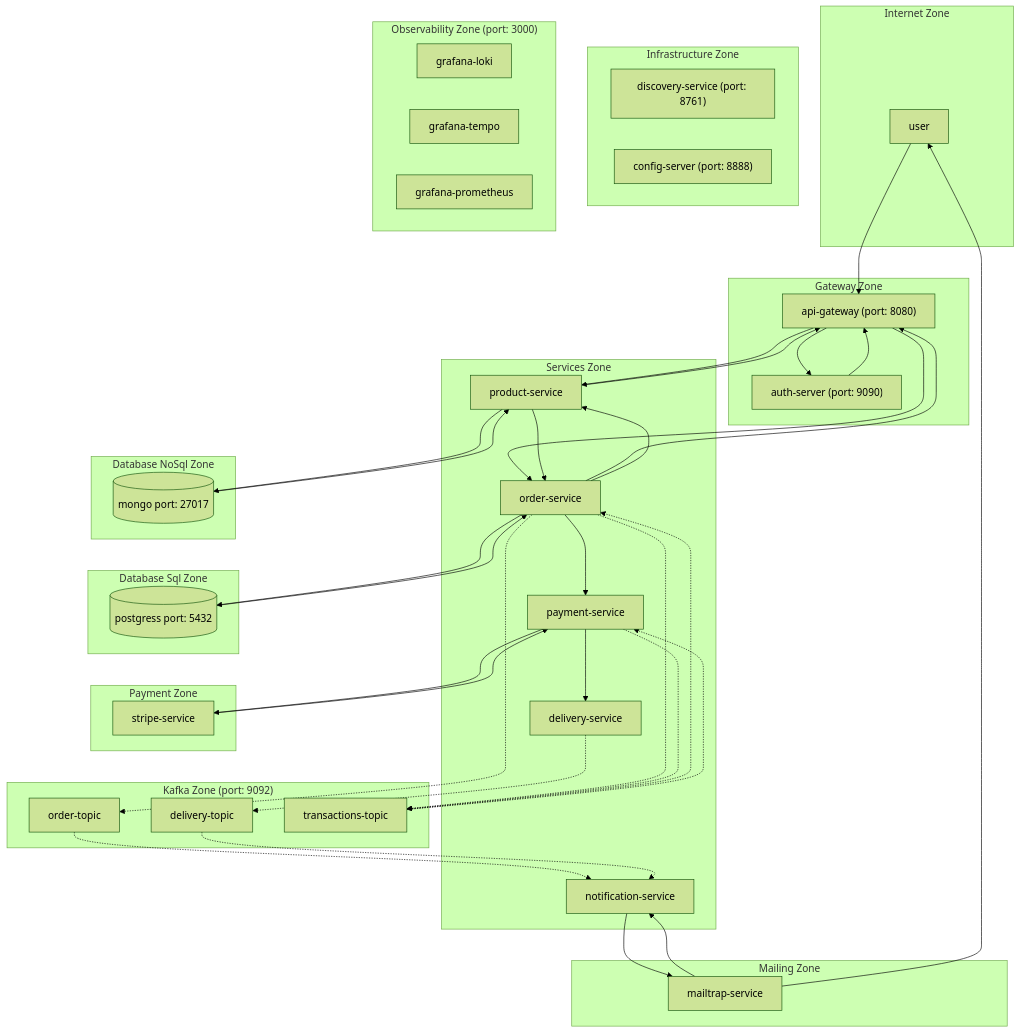
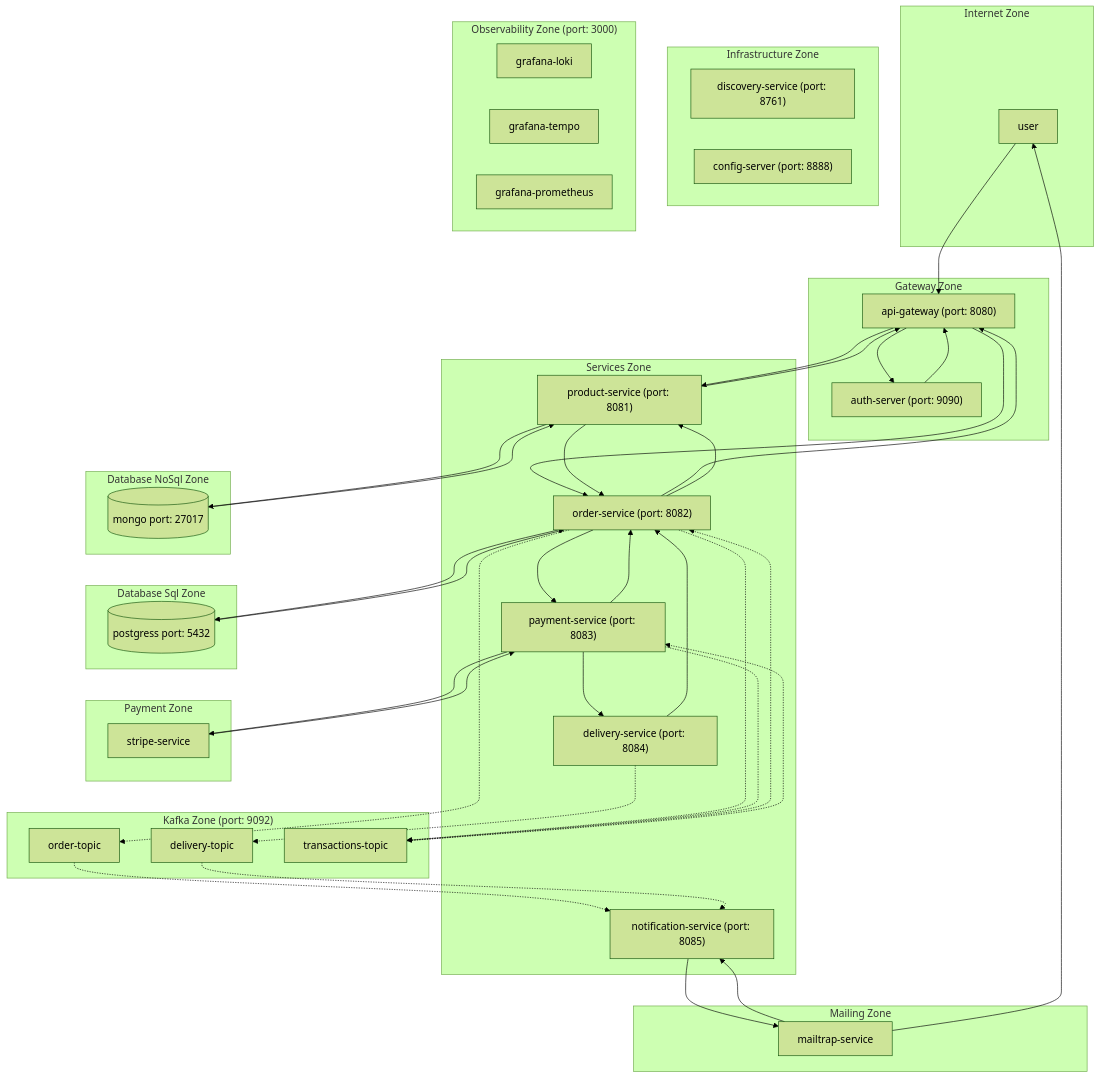
Before and after one commit to wisniewskikr/mermaid: the diagram in ecommerce-virtual.md, drawn with Mermaid (forest theme).

Commit message:
Add service ports

````diff
--- a/ecommerce-virtual.md
+++ b/ecommerce-virtual.md
@@ -11,11 +11,11 @@
         end
         
         subgraph Services Zone
-            product-service
-            order-service
-            payment-service
-            delivery-service
-            notification-service            
+            product-service["product-service (port: 8081)"]
+            order-service["order-service (port: 8082)"]
+            payment-service["payment-service (port: 8083)"]
+            delivery-service["delivery-service (port: 8084)"]
+            notification-service["notification-service (port: 8085)"]            
         end
 
         subgraph Infrastructure Zone           
@@ -93,4 +93,7 @@
         payment-service .-> transactions-topic
         transactions-topic .-> payment-service
 
+        payment-service --> order-service
+        delivery-service --> order-service
+
 ```
````
